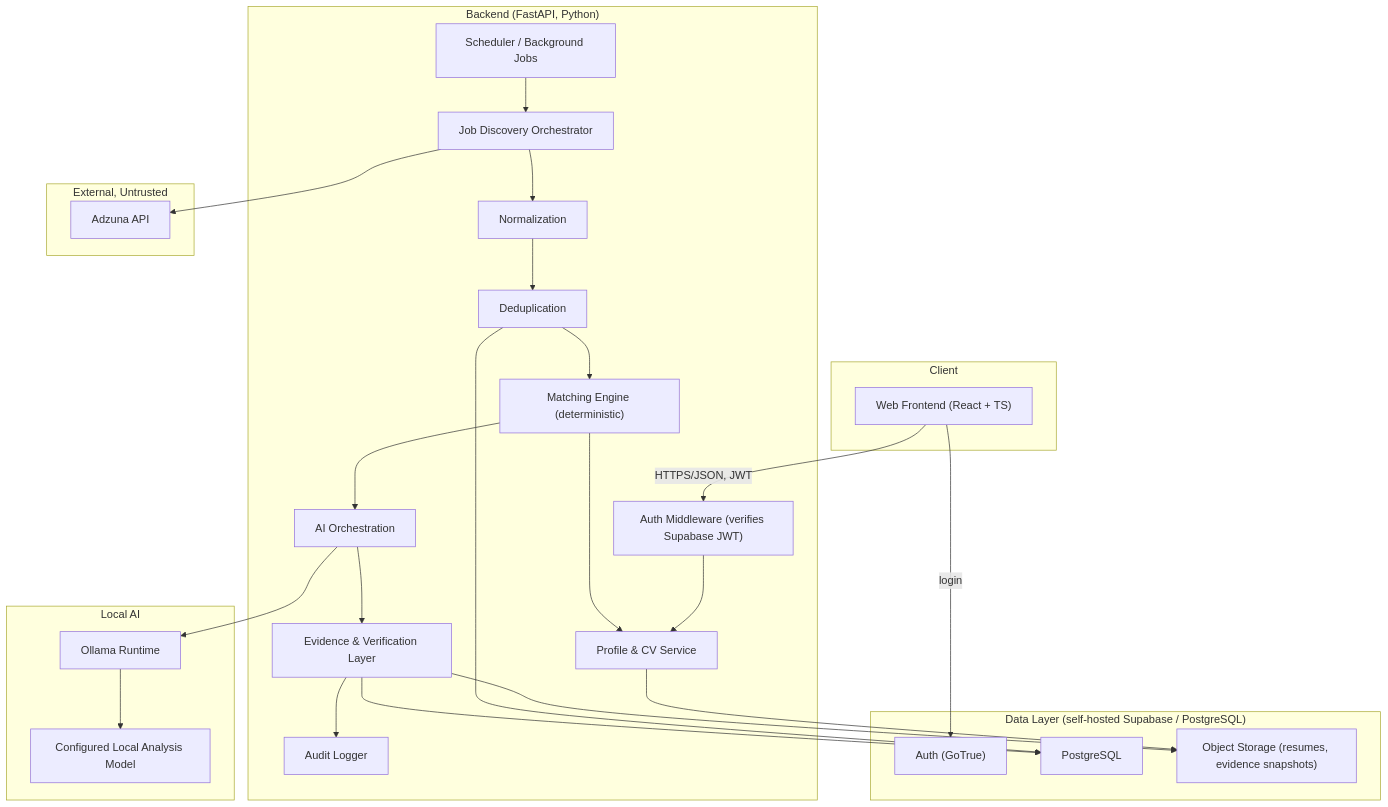
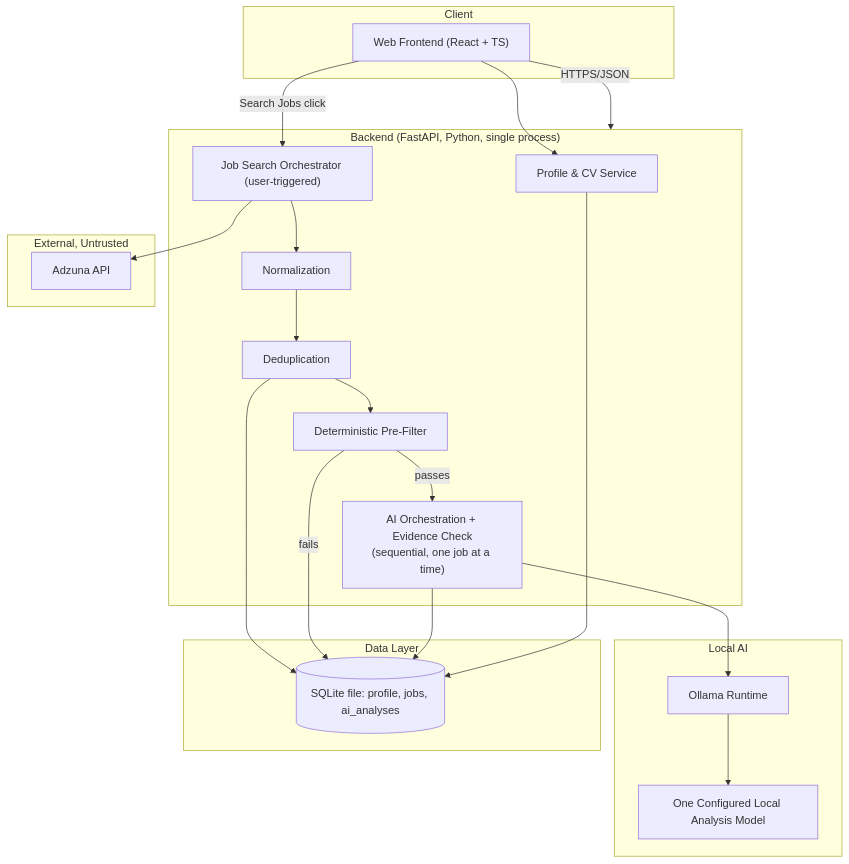
Before and after one commit to wassimrahoui/adhd-job-agent: the first of 2 diagrams in docs/01-architecture-overview.md, drawn with Mermaid. The commit also changed other lines of this file and 4 other files, not shown here.

Commit message:
docs: simplify MVP architecture (batch 1/2) - simple AI pipeline, two-stage matching, sequential processing, SQLite, user-triggered search

````diff
--- a/docs/01-architecture-overview.md
+++ b/docs/01-architecture-overview.md
@@ -27,52 +22,42 @@
 ```mermaid
 flowchart TB
     subgraph Client
         UI["Web Frontend (React + TS)"]
     end
 
-    subgraph Backend["Backend (FastAPI, Python)"]
-        AUTHMW["Auth Middleware (verifies Supabase JWT)"]
+    subgraph Backend["Backend (FastAPI, Python, single process)"]
         PROFILE["Profile & CV Service"]
-        DISCOVERY["Job Discovery Orchestrator"]
+        SEARCH["Job Search Orchestrator (user-triggered)"]
         NORM["Normalization"]
         DEDUP["Deduplication"]
-        MATCH["Matching Engine (deterministic)"]
-        AIORCH["AI Orchestration"]
-        EVID["Evidence & Verification Layer"]
-        AUDIT["Audit Logger"]
-        SCHED["Scheduler / Background Jobs"]
+        FILTER["Deterministic Pre-Filter"]
+        MATCH["AI Orchestration + Evidence Check\n(sequential, one job at a time)"]
     end
 
     subgraph AI["Local AI"]
         OLLAMA["Ollama Runtime"]
-        MODEL["Configured Local Analysis Model"]
+        MODEL["One Configured Local Analysis Model"]
     end
 
-    subgraph Data["Data Layer (self-hosted Supabase / PostgreSQL)"]
-        AUTHDB["Auth (GoTrue)"]
-        PG["PostgreSQL"]
-        STORAGE["Object Storage (resumes, evidence snapshots)"]
+    subgraph Data["Data Layer"]
+        DB[("SQLite file: profile, jobs, ai_analyses")]
     end
 
     subgraph External["External, Untrusted"]
         SOURCES["Adzuna API"]
     end
 
-    UI -->|HTTPS/JSON, JWT| AUTHMW
-    UI -->|login| AUTHDB
-    AUTHMW --> PROFILE
+    UI -->|HTTPS/JSON| Backend
+    UI --> PROFILE
+    UI -->|"Search Jobs" click| SEARCH
 
-    SCHED --> DISCOVERY
-    DISCOVERY --> SOURCES
-    DISCOVERY --> NORM --> DEDUP --> PG
-    DEDUP --> MATCH
-    MATCH --> PROFILE
-    MATCH --> AIORCH
-    AIORCH --> OLLAMA --> MODEL
-    AIORCH --> EVID
-    EVID --> PG
-    EVID --> AUDIT
+    SEARCH --> SOURCES
+    SEARCH --> NORM --> DEDUP --> DB
+    DEDUP --> FILTER
+    FILTER -->|passes| MATCH
+    FILTER -->|fails| DB
+    MATCH --> OLLAMA --> MODEL
+    MATCH --> DB
 
-    PROFILE --> STORAGE
-    EVID --> STORAGE
+    PROFILE --> DB
 ```
````
